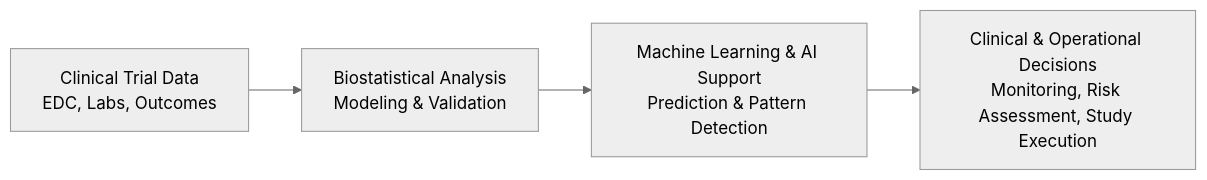
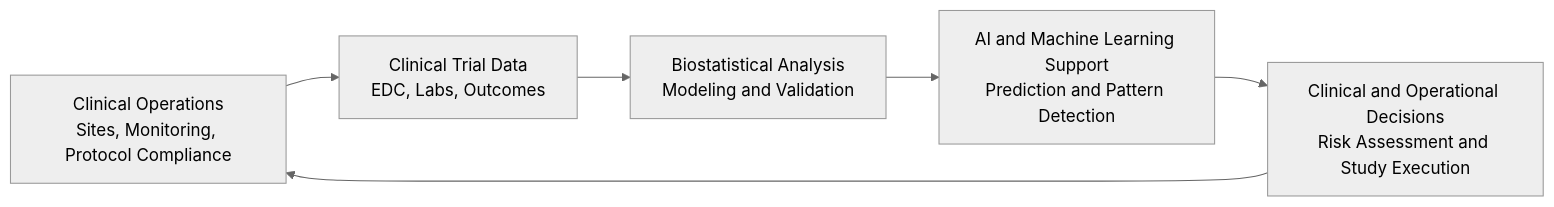
Before and after one commit to gminor71/biomedical-analytics-clinical-operations: the second of 2 diagrams in README.md, drawn with Mermaid (neutral theme). The commit also changed other lines of this file, not shown here.

````diff
--- a/README.md
+++ b/README.md
@@ -18,6 +91,10 @@
 ```mermaid
 flowchart LR
-    A[Clinical Trial Data<br/>EDC, Labs, Outcomes] --> B[Biostatistical Analysis<br/>Modeling & Validation]
-    B --> C[Machine Learning & AI Support<br/>Prediction & Pattern Detection]
-    C --> D[Clinical & Operational Decisions<br/>Monitoring, Risk Assessment, Study Execution]
+    A[Clinical Operations<br/>Sites, Monitoring, Protocol Compliance]
+      --> B[Clinical Trial Data<br/>EDC, Labs, Outcomes]
+      --> C[Biostatistical Analysis<br/>Modeling and Validation]
+      --> D[AI and Machine Learning Support<br/>Prediction and Pattern Detection]
+      --> E[Clinical and Operational Decisions<br/>Risk Assessment and Study Execution]
+
+    E --> A
 ```
````
